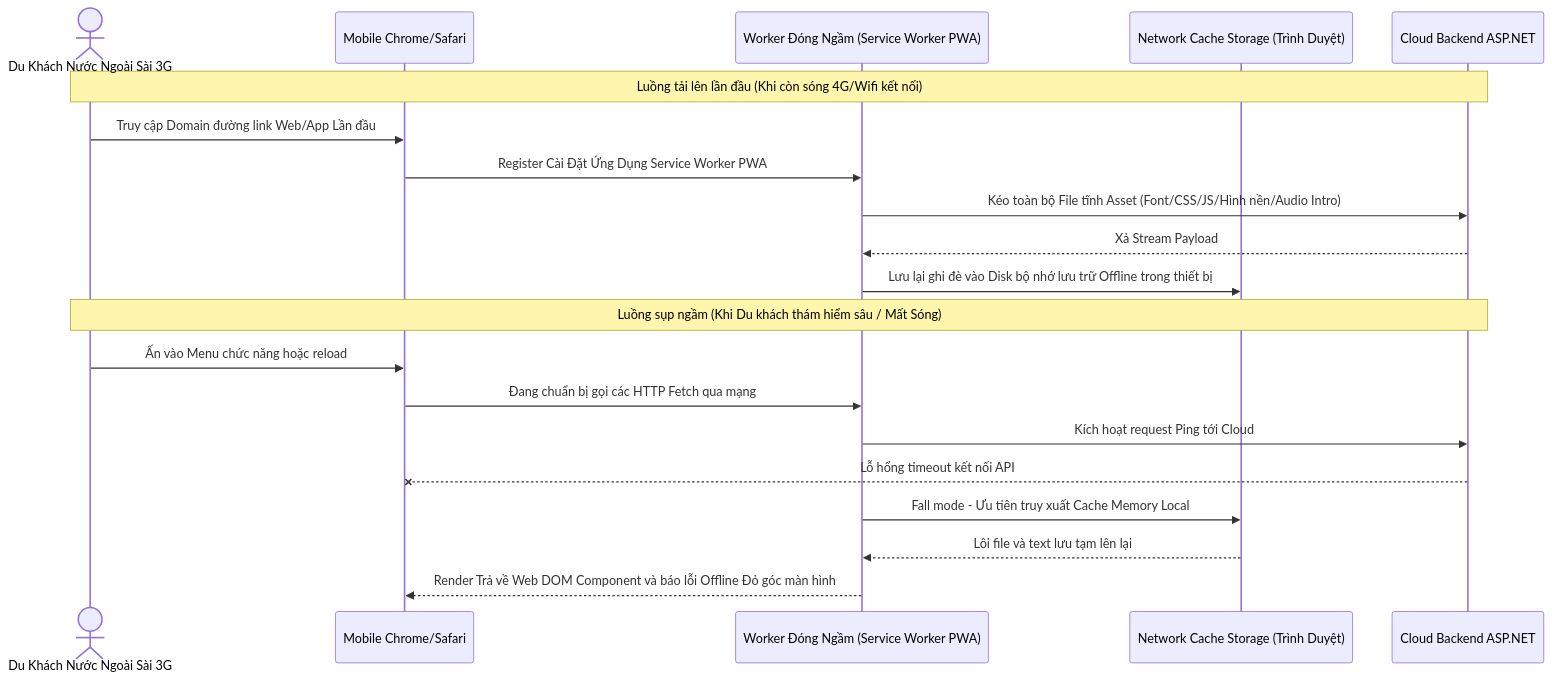
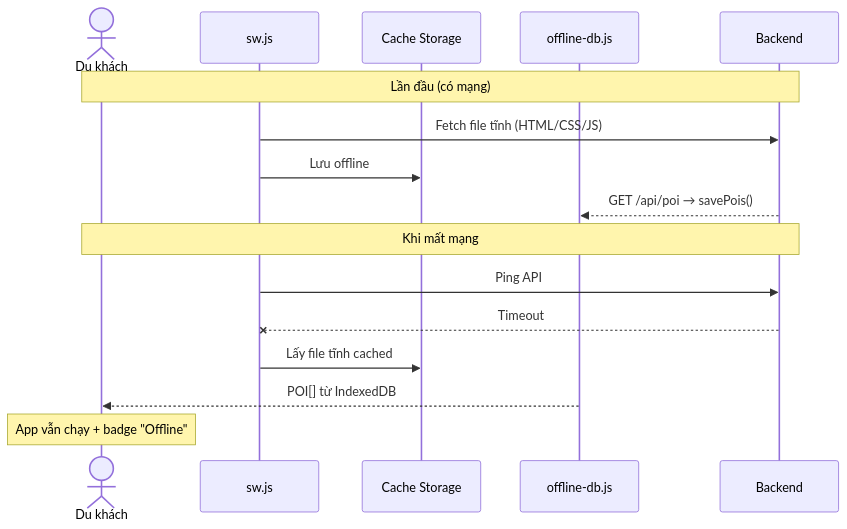
Before and after one commit to Hzyl/CShape: the seventh of 7 diagrams in PRD_VinhKhanh_Final2.md, drawn with Mermaid. The commit also changed other lines of this file and 3 other files, not shown here.

````diff
--- a/PRD_VinhKhanh_Final2.md
+++ b/PRD_VinhKhanh_Final2.md
@@ -336,25 +337,20 @@
 ```mermaid
 sequenceDiagram
-    actor User as Du Khách Nước Ngoài Sài 3G
-    participant B as Mobile Chrome/Safari
-    participant SW as Worker Đóng Ngầm (Service Worker PWA)
-    participant Cache as Network Cache Storage (Trình Duyệt)
-    participant Server as Cloud Backend ASP.NET
+    actor User as Du khách
+    participant SW as sw.js
+    participant Cache as Cache Storage
+    participant IDB as offline-db.js
+    participant Server as Backend
 
-    Note over User,Server: Luồng tải lên lần đầu (Khi còn sóng 4G/Wifi kết nối)
-    User->>B: Truy cập Domain đường link Web/App Lần đầu
-    B->>SW: Register Cài Đặt Ứng Dụng Service Worker PWA
-    SW->>Server: Kéo toàn bộ File tĩnh Asset (Font/CSS/JS/Hình nền/Audio Intro)
-    Server-->>SW: Xả Stream Payload
-    SW->>Cache: Lưu lại ghi đè vào Disk bộ nhớ lưu trữ Offline trong thiết bị
+    Note over User,Server: Lần đầu (có mạng)
+    SW->>Server: Fetch file tĩnh (HTML/CSS/JS)
+    SW->>Cache: Lưu offline
+    Server-->>IDB: GET /api/poi → savePois()
 
-    Note over User,Server: Luồng sụp ngầm (Khi Du khách thám hiểm sâu / Mất Sóng)
-    User->>B: Ấn vào Menu chức năng hoặc reload
-    B->>SW: Đang chuẩn bị gọi các HTTP Fetch qua mạng
-    SW->>Server: Kích hoạt request Ping tới Cloud
-    Server--xB: Lỗ hổng timeout kết nối API
-    
-    SW->>Cache: Fall mode - Ưu tiên truy xuất Cache Memory Local
-    Cache-->>SW: Lôi file và text lưu tạm lên lại
-    SW-->>B: Render Trả về Web DOM Component và báo lỗi Offline Đỏ góc màn hình
+    Note over User,Server: Khi mất mạng
+    SW->>Server: Ping API
+    Server--xSW: Timeout
+    SW->>Cache: Lấy file tĩnh cached
+    IDB-->>User: POI[] từ IndexedDB
+    Note over User: App vẫn chạy + badge "Offline"
 ```
````
